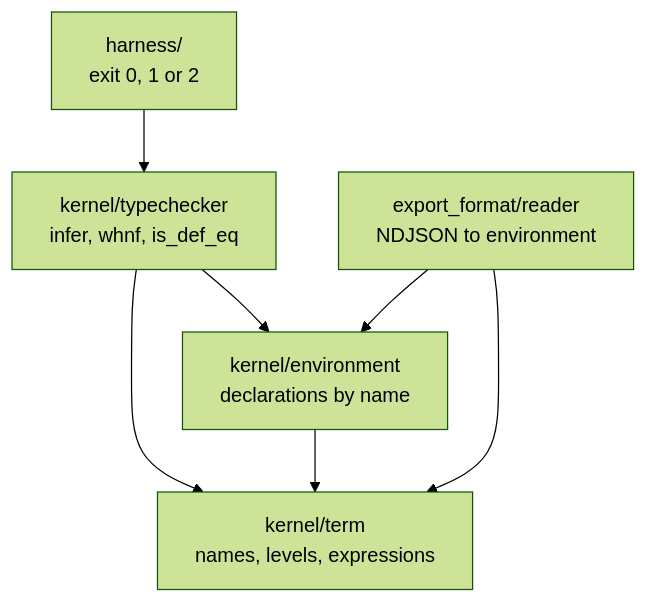
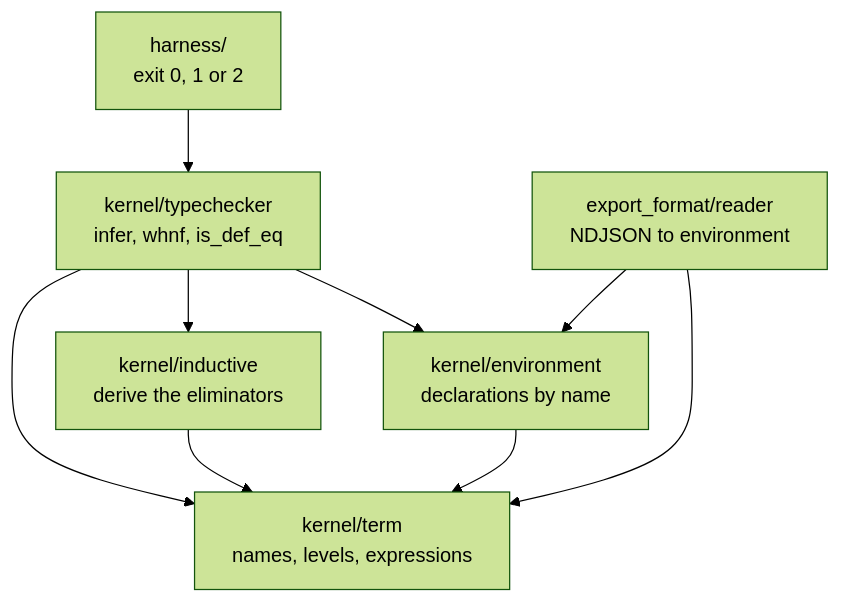
Before and after one commit to Amey-Thakur/SAIR-LEAN-KERNEL-CHALLENGE: the diagram in docs/architecture.md, drawn with Mermaid (forest theme). The commit also changed other lines of this file and 20 other files, not shown here.

````diff
--- a/docs/architecture.md
+++ b/docs/architecture.md
@@ -17,9 +17,11 @@
 ```mermaid
 flowchart TD
     H["harness/<br>exit 0, 1 or 2"] --> T["kernel/typechecker<br>infer, whnf, is_def_eq"]
+    T --> I["kernel/inductive<br>derive the eliminators"]
     T --> N["kernel/environment<br>declarations by name"]
     T --> V["kernel/term<br>names, levels, expressions"]
+    I --> V
     N --> V
     R["export_format/reader<br>NDJSON to environment"] --> N
     R --> V
 ```
````
